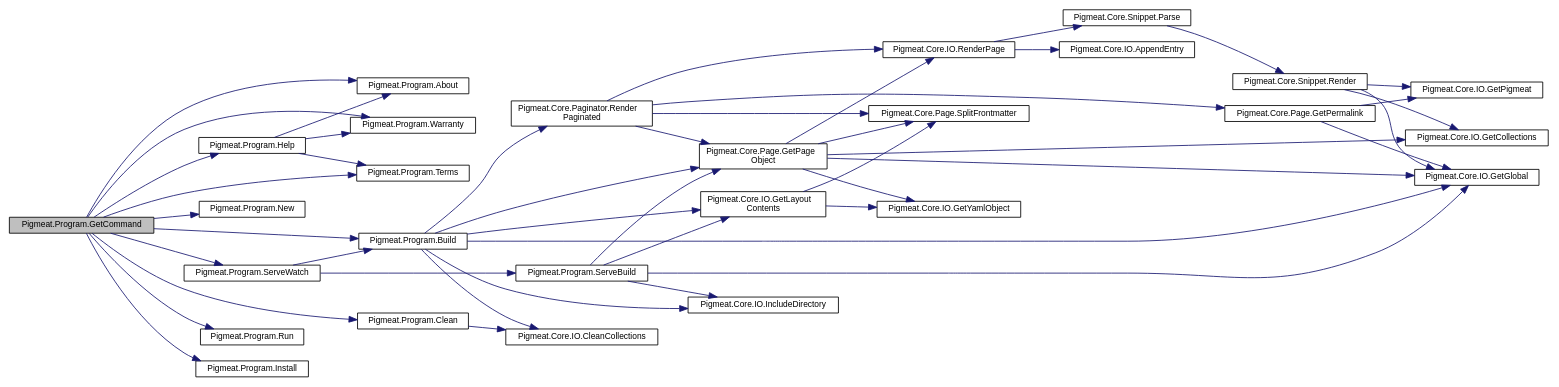
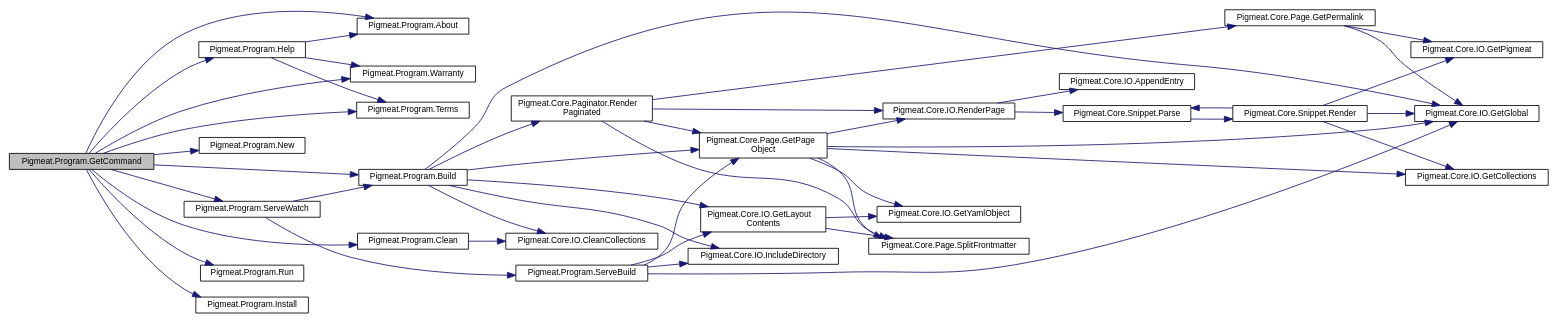
The diagram in class_pigmeat_1_1_program_a813269f3c9466bddfa561c72eb56de4f_cgraph.dot (milovidov983/Pigmeat), drawn with Graphviz before and after one commit. The commit also changed 35 other files, not shown here.

```diff
--- a/class_pigmeat_1_1_program_a813269f3c9466bddfa561c72eb56de4f_cgraph.dot
+++ b/class_pigmeat_1_1_program_a813269f3c9466bddfa561c72eb56de4f_cgraph.dot
@@ -1,78 +1,79 @@
 digraph "Pigmeat.Program.GetCommand"
 {
   edge [fontname="Helvetica",fontsize="10",labelfontname="Helvetica",labelfontsize="10"];
   node [fontname="Helvetica",fontsize="10",shape=record];
   rankdir="LR";
   Node30 [label="Pigmeat.Program.GetCommand",height=0.2,width=0.4,color="black", fillcolor="grey75", style="filled", fontcolor="black"];
   Node30 -> Node31 [color="midnightblue",fontsize="10",style="solid",fontname="Helvetica"];
   Node31 [label="Pigmeat.Program.Help",height=0.2,width=0.4,color="black", fillcolor="white", style="filled",URL="$class_pigmeat_1_1_program.html#a5ba96e069c0192950fa044954bca4647",tooltip="Show how to use the Pigmeat tool "];
   Node31 -> Node32 [color="midnightblue",fontsize="10",style="solid",fontname="Helvetica"];
   Node32 [label="Pigmeat.Program.About",height=0.2,width=0.4,color="black", fillcolor="white", style="filled",URL="$class_pigmeat_1_1_program.html#a9a8bd00e69ab494615e073f050ba2344",tooltip="Show authorship and license information regarding Pigmeat "];
   Node31 -> Node33 [color="midnightblue",fontsize="10",style="solid",fontname="Helvetica"];
   Node33 [label="Pigmeat.Program.Warranty",height=0.2,width=0.4,color="black", fillcolor="white", style="filled",URL="$class_pigmeat_1_1_program.html#a1dcbceceda4d4e696d8dbd07aa1bb036",tooltip="Output the warranty disclaimer per the GPL 3.0 license "];
   Node31 -> Node34 [color="midnightblue",fontsize="10",style="solid",fontname="Helvetica"];
   Node34 [label="Pigmeat.Program.Terms",height=0.2,width=0.4,color="black", fillcolor="white", style="filled",URL="$class_pigmeat_1_1_program.html#a8ef23dc63330befdb247d0ceac11f600",tooltip="Output the terms and conditions of the GPL 3.0 license "];
   Node30 -> Node35 [color="midnightblue",fontsize="10",style="solid",fontname="Helvetica"];
   Node35 [label="Pigmeat.Program.New",height=0.2,width=0.4,color="black", fillcolor="white", style="filled",URL="$class_pigmeat_1_1_program.html#a2b436b42fd7f2960d0c73c7fdf7fb444",tooltip="Create a barebones Pigmeat project "];
   Node30 -> Node36 [color="midnightblue",fontsize="10",style="solid",fontname="Helvetica"];
   Node36 [label="Pigmeat.Program.Build",height=0.2,width=0.4,color="black", fillcolor="white", style="filled",URL="$class_pigmeat_1_1_program.html#a878beaee804aea5645618e59b1a6d250",tooltip="The standard Pigmeat build process "];
   Node36 -> Node37 [color="midnightblue",fontsize="10",style="solid",fontname="Helvetica"];
   Node37 [label="Pigmeat.Core.IO.GetGlobal",height=0.2,width=0.4,color="black", fillcolor="white", style="filled",URL="$class_pigmeat_1_1_core_1_1_i_o.html#a8f84ec34a489ed4c83089b16308ddc7f",tooltip="Get file representing project&#39;s Global context "];
   Node36 -> Node38 [color="midnightblue",fontsize="10",style="solid",fontname="Helvetica"];
   Node38 [label="Pigmeat.Core.IO.GetLayout\lContents",height=0.2,width=0.4,color="black", fillcolor="white", style="filled",URL="$class_pigmeat_1_1_core_1_1_i_o.html#ae9cd73892daa23bdf19c9a229fe62b7b",tooltip="Get the contents of Layouts recursively "];
   Node38 -> Node39 [color="midnightblue",fontsize="10",style="solid",fontname="Helvetica"];
   Node39 [label="Pigmeat.Core.Page.SplitFrontmatter",height=0.2,width=0.4,color="black", fillcolor="white", style="filled",URL="$class_pigmeat_1_1_core_1_1_page.html#adeeba3432008a2b7718ad52c2e0ae058",tooltip="Gets the YAML of the frontmatter for a given page "];
   Node38 -> Node40 [color="midnightblue",fontsize="10",style="solid",fontname="Helvetica"];
   Node40 [label="Pigmeat.Core.IO.GetYamlObject",height=0.2,width=0.4,color="black", fillcolor="white", style="filled",URL="$class_pigmeat_1_1_core_1_1_i_o.html#a65785eb7263115da1c592b06597727f5",tooltip="Convert YAML data into JObject "];
   Node36 -> Node41 [color="midnightblue",fontsize="10",style="solid",fontname="Helvetica"];
   Node41 [label="Pigmeat.Core.Page.GetPage\lObject",height=0.2,width=0.4,color="black", fillcolor="white", style="filled",URL="$class_pigmeat_1_1_core_1_1_page.html#a3a2dee942bb7b2f763ce5d1caba4163d",tooltip="Parses a given page into a JObject "];
   Node41 -> Node39 [color="midnightblue",fontsize="10",style="solid",fontname="Helvetica"];
   Node41 -> Node40 [color="midnightblue",fontsize="10",style="solid",fontname="Helvetica"];
   Node41 -> Node37 [color="midnightblue",fontsize="10",style="solid",fontname="Helvetica"];
   Node41 -> Node42 [color="midnightblue",fontsize="10",style="solid",fontname="Helvetica"];
   Node42 [label="Pigmeat.Core.IO.GetCollections",height=0.2,width=0.4,color="black", fillcolor="white", style="filled",URL="$class_pigmeat_1_1_core_1_1_i_o.html#a95f27be3fb9f5fd7e668f903c4e1cfb4",tooltip="Create a JObject to merge with the Global context containing each collection&#39;s collection.json data "];
   Node41 -> Node43 [color="midnightblue",fontsize="10",style="solid",fontname="Helvetica"];
   Node43 [label="Pigmeat.Core.IO.RenderPage",height=0.2,width=0.4,color="black", fillcolor="white", style="filled",URL="$class_pigmeat_1_1_core_1_1_i_o.html#a60f49d31957620c308423cad19dbf5f6",tooltip="Take layout, place Markdig-parsed content in layout, evaluate includes, render with Scriban ..."];
   Node43 -> Node44 [color="midnightblue",fontsize="10",style="solid",fontname="Helvetica"];
   Node44 [label="Pigmeat.Core.Snippet.Parse",height=0.2,width=0.4,color="black", fillcolor="white", style="filled",URL="$class_pigmeat_1_1_core_1_1_snippet.html#a54ea5e1d3a8cd6308a1b1c9f01457146",tooltip="Parses through each {! snippet !} call in a page and evaluates them "];
   Node44 -> Node45 [color="midnightblue",fontsize="10",style="solid",fontname="Helvetica"];
   Node45 [label="Pigmeat.Core.Snippet.Render",height=0.2,width=0.4,color="black", fillcolor="white", style="filled",URL="$class_pigmeat_1_1_core_1_1_snippet.html#ac3dd182d3699b9997372e1baa768de2b",tooltip="Renders Snippets "];
   Node45 -> Node37 [color="midnightblue",fontsize="10",style="solid",fontname="Helvetica"];
   Node45 -> Node42 [color="midnightblue",fontsize="10",style="solid",fontname="Helvetica"];
   Node45 -> Node46 [color="midnightblue",fontsize="10",style="solid",fontname="Helvetica"];
   Node46 [label="Pigmeat.Core.IO.GetPigmeat",height=0.2,width=0.4,color="black", fillcolor="white", style="filled",URL="$class_pigmeat_1_1_core_1_1_i_o.html#ab52a010415630b7063180fd58759eab3",tooltip="Get JObject representing project&#39;s Pigmeat context "];
+  Node45 -> Node44 [color="midnightblue",fontsize="10",style="solid",fontname="Helvetica"];
   Node43 -> Node47 [color="midnightblue",fontsize="10",style="solid",fontname="Helvetica"];
   Node47 [label="Pigmeat.Core.IO.AppendEntry",height=0.2,width=0.4,color="black", fillcolor="white", style="filled",URL="$class_pigmeat_1_1_core_1_1_i_o.html#a513be40f796bdadd8f6eb31f2446716a",tooltip="Adds JObject representations of pages in a collection to the collection&#39;s entries field in its collec..."];
   Node36 -> Node48 [color="midnightblue",fontsize="10",style="solid",fontname="Helvetica"];
   Node48 [label="Pigmeat.Core.Paginator.Render\lPaginated",height=0.2,width=0.4,color="black", fillcolor="white", style="filled",URL="$class_pigmeat_1_1_core_1_1_paginator.html#a38c0bfdf8bfe439eb2a3e58a638c823a",tooltip="Outputs a paginated version of a page (requires {{ page.paginate }} and {{ page.collection }}) ..."];
   Node48 -> Node41 [color="midnightblue",fontsize="10",style="solid",fontname="Helvetica"];
   Node48 -> Node39 [color="midnightblue",fontsize="10",style="solid",fontname="Helvetica"];
   Node48 -> Node49 [color="midnightblue",fontsize="10",style="solid",fontname="Helvetica"];
   Node49 [label="Pigmeat.Core.Page.GetPermalink",height=0.2,width=0.4,color="black", fillcolor="white", style="filled",URL="$class_pigmeat_1_1_core_1_1_page.html#a22b69a07b899c8d9825fb388357ce3b7",tooltip="Parses the permalink using given metadata to generate an output path "];
   Node49 -> Node37 [color="midnightblue",fontsize="10",style="solid",fontname="Helvetica"];
   Node49 -> Node46 [color="midnightblue",fontsize="10",style="solid",fontname="Helvetica"];
   Node48 -> Node43 [color="midnightblue",fontsize="10",style="solid",fontname="Helvetica"];
   Node36 -> Node50 [color="midnightblue",fontsize="10",style="solid",fontname="Helvetica"];
   Node50 [label="Pigmeat.Core.IO.IncludeDirectory",height=0.2,width=0.4,color="black", fillcolor="white", style="filled",URL="$class_pigmeat_1_1_core_1_1_i_o.html#ab8a3a50a1c1ae3b1183e298846b77abd",tooltip="Copy a directory recursively, for if in {{{ global.include }}} "];
   Node36 -> Node51 [color="midnightblue",fontsize="10",style="solid",fontname="Helvetica"];
   Node51 [label="Pigmeat.Core.IO.CleanCollections",height=0.2,width=0.4,color="black", fillcolor="white", style="filled",URL="$class_pigmeat_1_1_core_1_1_i_o.html#a0c35ca471821347e16cd0d36a4af6c2f",tooltip="Clean out the entries field in every collection.json file "];
   Node30 -> Node52 [color="midnightblue",fontsize="10",style="solid",fontname="Helvetica"];
   Node52 [label="Pigmeat.Program.ServeWatch",height=0.2,width=0.4,color="black", fillcolor="white", style="filled",URL="$class_pigmeat_1_1_program.html#a7fbef86d893429923099420b3748b826",tooltip="Watch the file system for changes (initial component of the serve command) "];
   Node52 -> Node36 [color="midnightblue",fontsize="10",style="solid",fontname="Helvetica"];
   Node52 -> Node53 [color="midnightblue",fontsize="10",style="solid",fontname="Helvetica"];
   Node53 [label="Pigmeat.Program.ServeBuild",height=0.2,width=0.4,color="black", fillcolor="white", style="filled",URL="$class_pigmeat_1_1_program.html#a196f0e133927e9c381295c4915ebdfb2",tooltip="Rebuild changed files (final component of the serve command) "];
   Node53 -> Node37 [color="midnightblue",fontsize="10",style="solid",fontname="Helvetica"];
   Node53 -> Node38 [color="midnightblue",fontsize="10",style="solid",fontname="Helvetica"];
   Node53 -> Node41 [color="midnightblue",fontsize="10",style="solid",fontname="Helvetica"];
   Node53 -> Node50 [color="midnightblue",fontsize="10",style="solid",fontname="Helvetica"];
   Node30 -> Node54 [color="midnightblue",fontsize="10",style="solid",fontname="Helvetica"];
   Node54 [label="Pigmeat.Program.Run",height=0.2,width=0.4,color="black", fillcolor="white", style="filled",URL="$class_pigmeat_1_1_program.html#a5d464c8f6b120a3c279d587c61d18df4",tooltip="Run a plugin "];
   Node30 -> Node55 [color="midnightblue",fontsize="10",style="solid",fontname="Helvetica"];
   Node55 [label="Pigmeat.Program.Install",height=0.2,width=0.4,color="black", fillcolor="white", style="filled",URL="$class_pigmeat_1_1_program.html#a48e58e60d726bd462ea0d01e075fc3f1",tooltip="Install a Pigmeat theme "];
   Node30 -> Node56 [color="midnightblue",fontsize="10",style="solid",fontname="Helvetica"];
   Node56 [label="Pigmeat.Program.Clean",height=0.2,width=0.4,color="black", fillcolor="white", style="filled",URL="$class_pigmeat_1_1_program.html#aee7bf660974463ceba948a73238f6cbc",tooltip="Clean the Pigmeat output directory "];
   Node56 -> Node51 [color="midnightblue",fontsize="10",style="solid",fontname="Helvetica"];
   Node30 -> Node32 [color="midnightblue",fontsize="10",style="solid",fontname="Helvetica"];
   Node30 -> Node33 [color="midnightblue",fontsize="10",style="solid",fontname="Helvetica"];
   Node30 -> Node34 [color="midnightblue",fontsize="10",style="solid",fontname="Helvetica"];
 }
```
